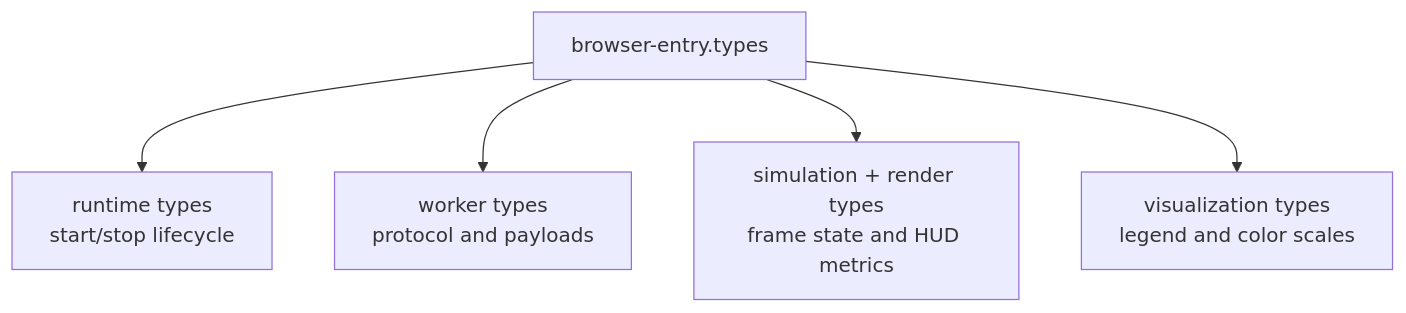
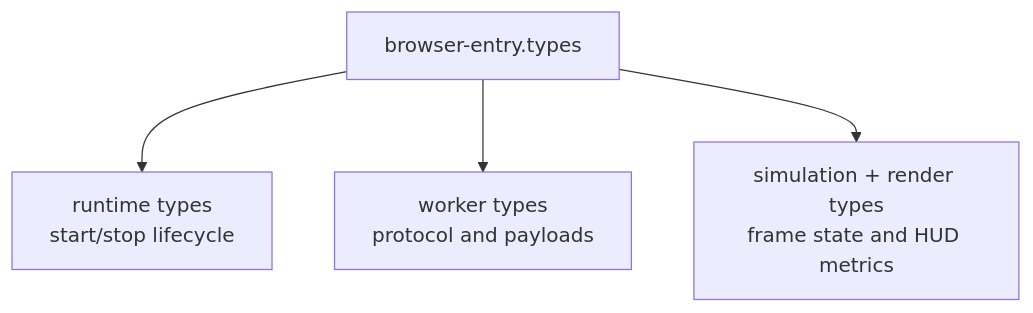
The third of 3 diagrams in examples/flappy_bird/browser-entry/README.md (reicek/NeatapticTS), drawn with Mermaid before and after one commit. The commit also changed other lines of this file and 122 other files, not shown here.

````diff
--- a/examples/flappy_bird/browser-entry/README.md
+++ b/examples/flappy_bird/browser-entry/README.md
@@ -137,7 +137,6 @@
 ```mermaid
 flowchart TB
     PublicTypes["browser-entry.types"] --> Runtime["runtime types\nstart/stop lifecycle"]
     PublicTypes --> Worker["worker types\nprotocol and payloads"]
     PublicTypes --> Playback["simulation + render types\nframe state and HUD metrics"]
-    PublicTypes --> Viz["visualization types\nlegend and color scales"]
 ```
````
